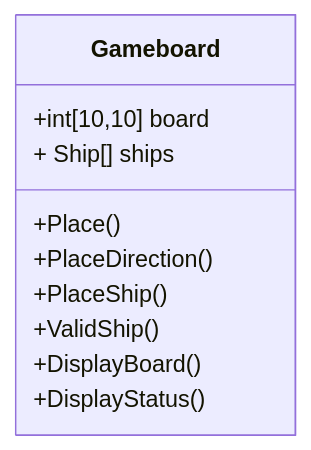
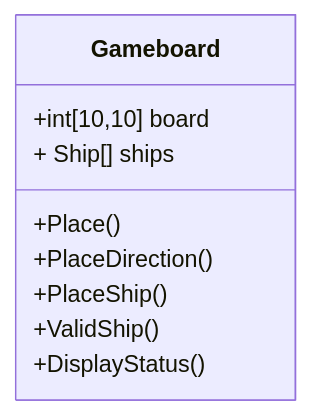
Before and after one commit to Jackpang-kings/Battleships: the second of 3 diagrams in README.md, drawn with Mermaid. The commit also changed other lines of this file and 1 other file, not shown here.

````diff
--- a/README.md
+++ b/README.md
@@ -87,25 +87,23 @@
 ```mermaid
 
     classDiagram
 
         class Gameboard{
 
             +int[10,10] board
 
             + Ship[] ships
 
             +Place()
 
             +PlaceDirection()
 
             +PlaceShip()
 
             +ValidShip()
 
-            +DisplayBoard()
-
             +DisplayStatus()
 
         }
 
 ```
````
